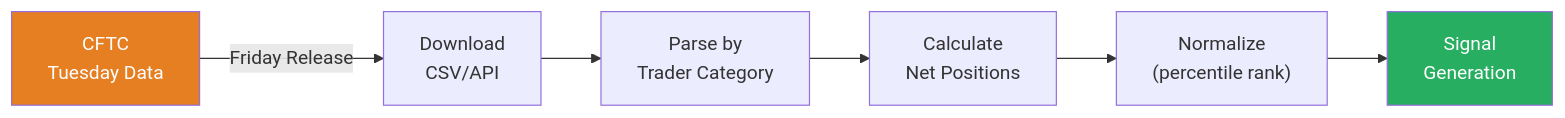
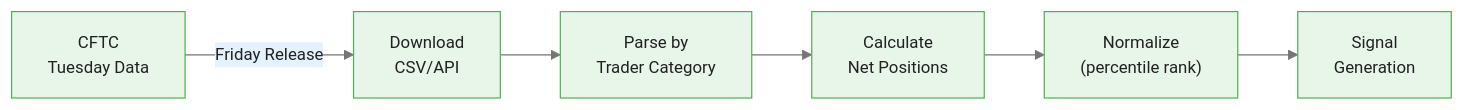
Before and after one commit to m-deane/course-creator: the second of 4 diagrams in courses/bayesian-commodity-forecasting/modules/module_02_commodity_data/guides/01_data_sources_slides.md, drawn with Mermaid. The commit also changed other lines of this file and 104 other files, not shown here.

````diff
--- a/courses/bayesian-commodity-forecasting/modules/module_02_commodity_data/guides/01_data_sources_slides.md
+++ b/courses/bayesian-commodity-forecasting/modules/module_02_commodity_data/guides/01_data_sources_slides.md
@@ -203,10 +219,9 @@
 ```mermaid
+%%{init: {"theme": "base", "themeVariables": {"primaryColor": "#e8f5e9", "primaryBorderColor": "#4caf50", "primaryTextColor": "#212121", "secondaryColor": "#e3f2fd", "tertiaryColor": "#fff8e1", "lineColor": "#757575", "fontFamily": "Inter, sans-serif", "fontSize": "14px"}}}%%
 flowchart LR
     CFTC["CFTC\nTuesday Data"] -->|"Friday Release"| DL["Download\nCSV/API"]
     DL --> Parse["Parse by\nTrader Category"]
     Parse --> Net["Calculate\nNet Positions"]
     Net --> Norm["Normalize\n(percentile rank)"]
     Norm --> Sig["Signal\nGeneration"]
-    style CFTC fill:#e67e22,color:#fff
-    style Sig fill:#27ae60,color:#fff
 ```
````
